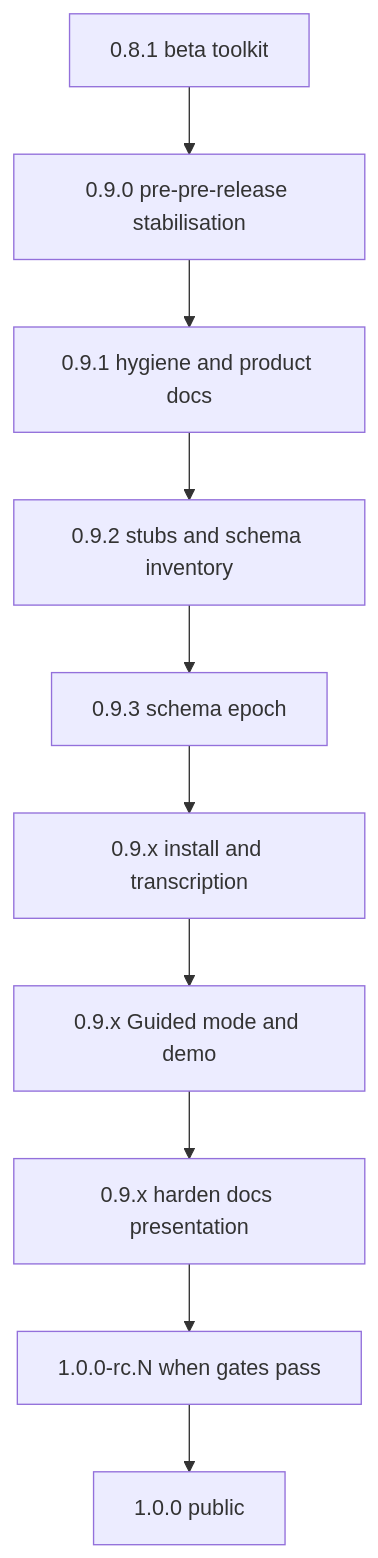
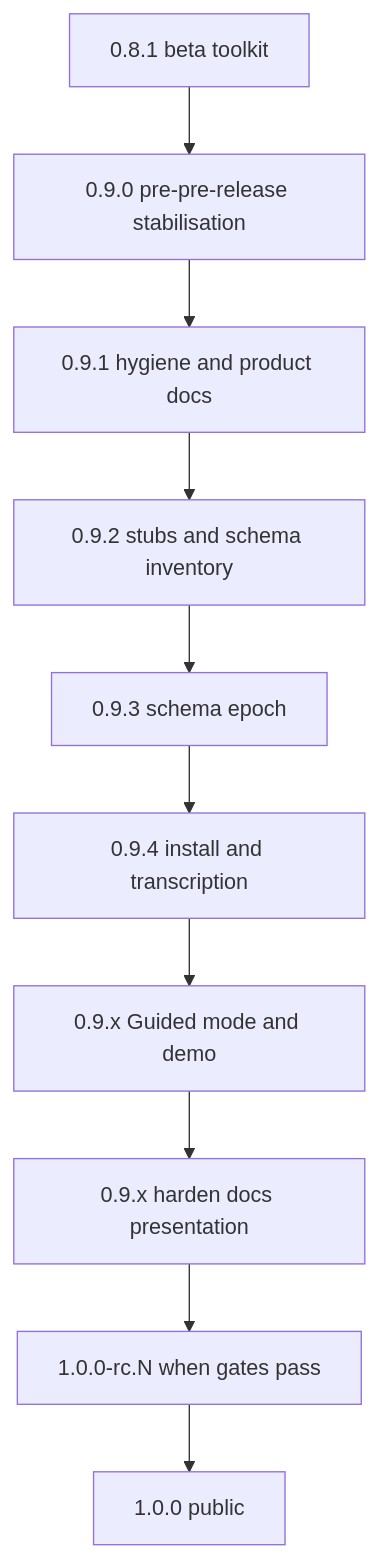
Before and after one commit to glen-w/TranscriptX: the first of 2 diagrams in docs/dev/pre_release_roadmap_1_0.md, drawn with Mermaid. The commit also changed other lines of this file and 30 other files, not shown here.

````diff
--- a/docs/dev/pre_release_roadmap_1_0.md
+++ b/docs/dev/pre_release_roadmap_1_0.md
@@ -419,14 +419,14 @@
 ```mermaid
 flowchart TD
   v08[0.8.1 beta toolkit]
   v090[0.9.0 pre-pre-release stabilisation]
   v091[0.9.1 hygiene and product docs]
   v092[0.9.2 stubs and schema inventory]
   themeSchema[0.9.3 schema epoch]
-  themeInstall[0.9.x install and transcription]
+  themeInstall[0.9.4 install and transcription]
   themeModes[0.9.x Guided mode and demo]
   themeHarden[0.9.x harden docs presentation]
   rc[1.0.0-rc.N when gates pass]
   v10[1.0.0 public]
   v08 --> v090 --> v091 --> v092 --> themeSchema --> themeInstall --> themeModes --> themeHarden --> rc --> v10
 ```
````
